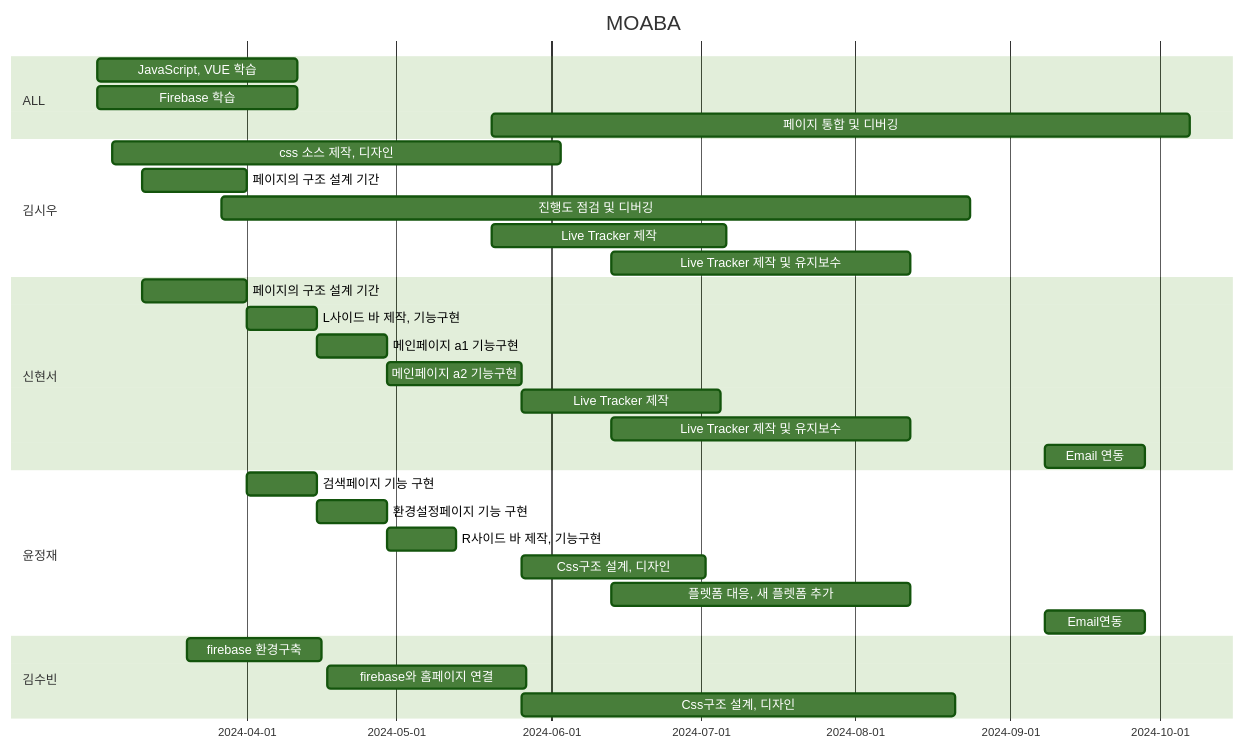
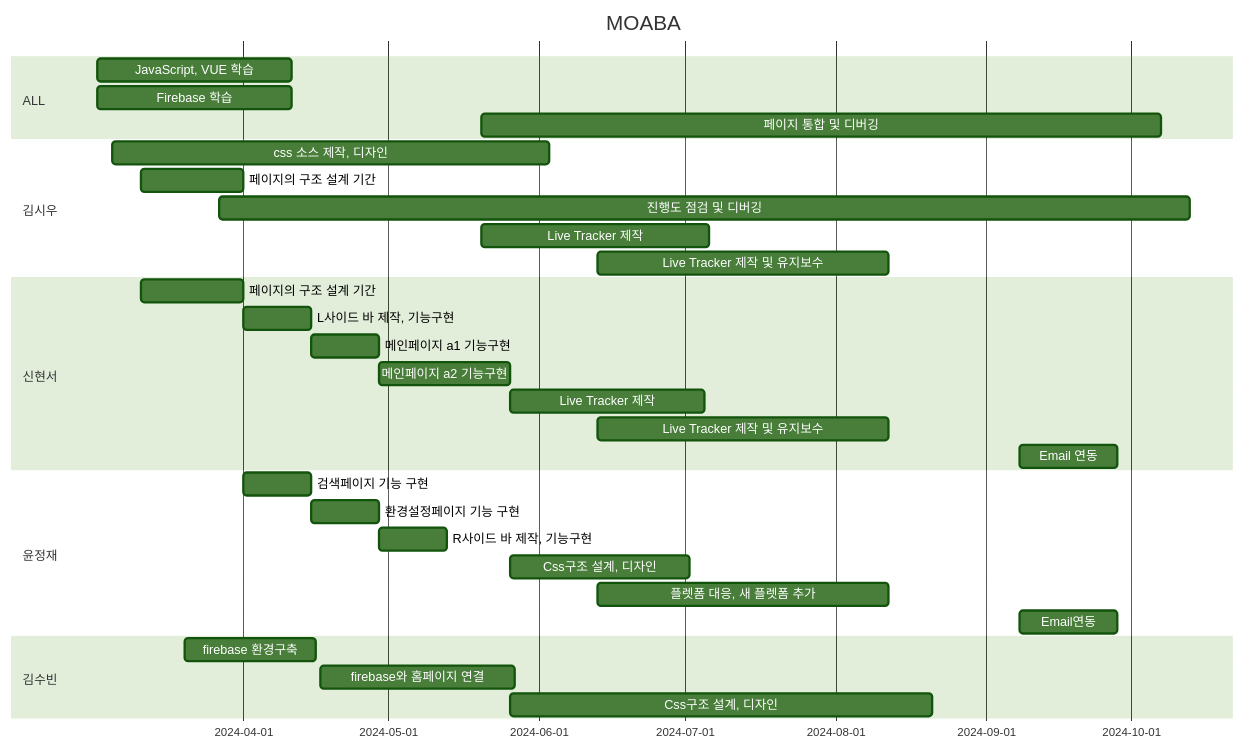
The diagram in README.md (kimsiwoo12/kimsiwoo12), drawn with Mermaid (forest theme) before and after one commit.

````diff
--- a/README.md
+++ b/README.md
@@ -8,39 +8,39 @@
 ```mermaid
 gantt
     title MOABA
     dateFormat  YYYY-MM-DD
 
     section ALL
     JavaScript, VUE 학습     :a1, 2024-03-02, 40d
     Firebase 학습            :a2, 2024-03-02, 40d
     페이지 통합 및 디버깅    :a3, 2024-05-20, 140d
 
     section 김시우
     css 소스 제작, 디자인    :a1, 2024-03-05, 90d
     페이지의 구조 설계 기간  :a2, 2024-03-11, 21d
-    진행도 점검 및 디버깅    :a3, 2024-03-27, 150d
+    진행도 점검 및 디버깅    :a3, 2024-03-27, 200d
     Live Tracker 제작        :a4, 2024-05-20, 47d
     Live Tracker 제작 및 유지보수 :a5, 2024-06-13, 60d
 
     section 신현서
     페이지의 구조 설계 기간     :a1, 2024-03-11, 21d
     L사이드 바 제작, 기능구현   :a2, 2024-04-01, 14d
     메인페이지 a1 기능구현      :a3, 2024-04-15, 14d
     메인페이지 a2 기능구현      :a4, 2024-04-29, 27d
     Live Tracker 제작           :a5, 2024-05-26, 40d
     Live Tracker 제작 및 유지보수 :a6, 2024-06-13, 60d
     Email 연동                  :a7, 2024-09-08, 20d
 
     section 윤정재
     검색페이지 기능 구현          :a1, 2024-04-01, 14d
     환경설정페이지 기능 구현      :a2, 2024-04-15, 14d
     R사이드 바 제작, 기능구현     :a3, 2024-04-29, 14d
     Css구조 설계, 디자인          :a4, 2024-05-26, 37d
     플렛폼 대응, 새 플렛폼 추가    :a5, 2024-06-13, 60d
     Email연동                    :a6, 2024-09-08, 20d
 
     section 김수빈
     firebase 환경구축        :a1, 2024-03-20, 27d
     firebase와 홈페이지 연결 :a2, 2024-04-17, 40d
     Css구조 설계, 디자인     :a3, 2024-05-26, 87d
 ```
````
